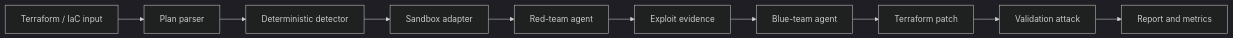
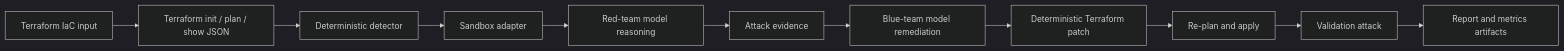
The diagram in docs/case-study.md (Ker102/nullstate-cli), drawn with Mermaid (dark theme) before and after one commit. The commit also changed other lines of this file and 5 other files, not shown here.

````diff
--- a/docs/case-study.md
+++ b/docs/case-study.md
@@ -44,12 +56,13 @@
 ```mermaid
 flowchart LR
-    IaC[Terraform / IaC input] --> Parser[Plan parser]
-    Parser --> Detector[Deterministic detector]
-    Detector --> Sandbox[Sandbox adapter]
-    Sandbox --> Red[Red-team agent]
-    Red --> Evidence[Exploit evidence]
-    Evidence --> Blue[Blue-team agent]
-    Blue --> Patch[Terraform patch]
-    Patch --> Validate[Validation attack]
-    Validate --> Report[Report and metrics]
+    A[Terraform IaC input] --> B[Terraform init / plan / show JSON]
+    B --> C[Deterministic detector]
+    C --> D[Sandbox adapter]
+    D --> E[Red-team model reasoning]
+    E --> F[Attack evidence]
+    F --> G[Blue-team model remediation]
+    G --> H[Deterministic Terraform patch]
+    H --> I[Re-plan and apply]
+    I --> J[Validation attack]
+    J --> K[Report and metrics artifacts]
 ```
````
